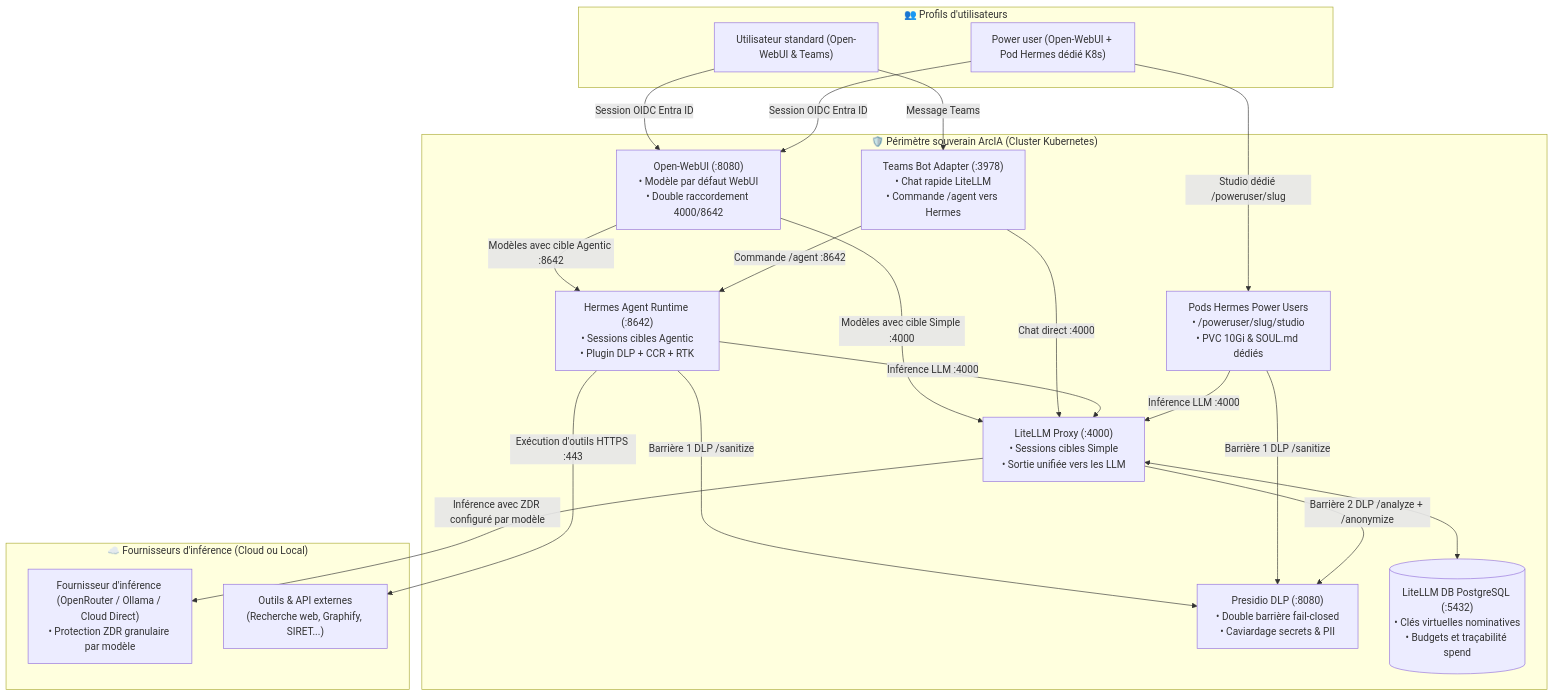
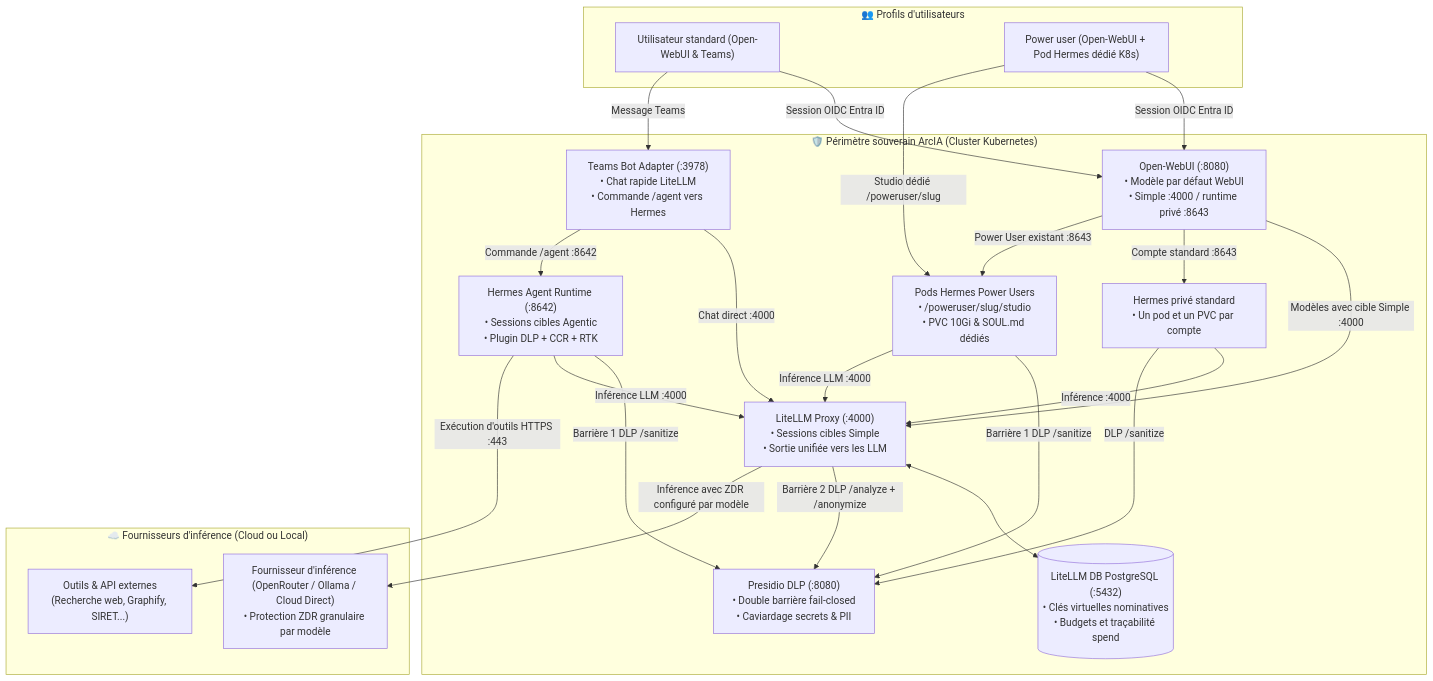
The first of 2 diagrams in docs/guides/chaine-de-routage.md (nicolastheuil/ArcIA), drawn with Mermaid before and after one commit. The commit also changed other lines of this file and 105 other files, not shown here.

First line of the commit message:
feat(security): isoler les espaces WebUI et imposer la DLP native Hermes

````diff
--- a/docs/guides/chaine-de-routage.md
+++ b/docs/guides/chaine-de-routage.md
@@ -26,42 +28,46 @@
 ```mermaid
 flowchart TD
     subgraph Clients ["👥 Profils d'utilisateurs"]
         UserStd["Utilisateur standard (Open-WebUI & Teams)"]
         PowerUser["Power user (Open-WebUI + Pod Hermes dédié K8s)"]
     end
 
     subgraph SecurityGate ["🛡️ Périmètre souverain ArcIA (Cluster Kubernetes)"]
-        WebUIGate["Open-WebUI (:8080)<br/>• Modèle par défaut WebUI<br/>• Double raccordement 4000/8642"]
+        WebUIGate["Open-WebUI (:8080)<br/>• Modèle par défaut WebUI<br/>• Simple :4000 / runtime privé :8643"]
         TeamsGate["Teams Bot Adapter (:3978)<br/>• Chat rapide LiteLLM<br/>• Commande /agent vers Hermes"]
         HermesAgent["Hermes Agent Runtime (:8642)<br/>• Sessions cibles Agentic<br/>• Plugin DLP + CCR + RTK"]
+        HermesStd["Hermes privé standard<br/>• Un pod et un PVC par compte"]
         HermesPU["Pods Hermes Power Users<br/>• /poweruser/slug/studio<br/>• PVC 10Gi & SOUL.md dédiés"]
         LiteLLMGate["LiteLLM Proxy (:4000)<br/>• Sessions cibles Simple<br/>• Sortie unifiée vers les LLM"]
         PresidioGate["Presidio DLP (:8080)<br/>• Double barrière fail-closed<br/>• Caviardage secrets & PII"]
         LiteLLMDB[("LiteLLM DB PostgreSQL (:5432)<br/>• Clés virtuelles nominatives<br/>• Budgets et traçabilité spend")]
     end
 
     subgraph CloudInference ["☁️ Fournisseurs d'inférence (Cloud ou Local)"]
         LLMHub["Fournisseur d'inférence (OpenRouter / Ollama / Cloud Direct)<br/>• Protection ZDR granulaire par modèle"]
         ExtTools["Outils & API externes<br/>(Recherche web, Graphify, SIRET...)"]
     end
 
     UserStd -->|Session OIDC Entra ID| WebUIGate
     UserStd -->|Message Teams| TeamsGate
     PowerUser -->|Session OIDC Entra ID| WebUIGate
     PowerUser -->|Studio dédié /poweruser/slug| HermesPU
 
     WebUIGate -->|Modèles avec cible Simple :4000| LiteLLMGate
-    WebUIGate -->|Modèles avec cible Agentic :8642| HermesAgent
+    WebUIGate -->|Compte standard :8643| HermesStd
+    WebUIGate -->|Power User existant :8643| HermesPU
     TeamsGate -->|Chat direct :4000| LiteLLMGate
     TeamsGate -->|Commande /agent :8642| HermesAgent
 
     HermesAgent -->|Barrière 1 DLP /sanitize| PresidioGate
     HermesAgent -->|Inférence LLM :4000| LiteLLMGate
     HermesAgent -->|Exécution d'outils HTTPS :443| ExtTools
+    HermesStd -->|Inférence :4000| LiteLLMGate
+    HermesStd -->|DLP /sanitize| PresidioGate
     HermesPU -->|Barrière 1 DLP /sanitize| PresidioGate
     HermesPU -->|Inférence LLM :4000| LiteLLMGate
 
     LiteLLMGate <--> LiteLLMDB
     LiteLLMGate -->|Barrière 2 DLP /analyze + /anonymize| PresidioGate
     LiteLLMGate -->|Inférence avec ZDR configuré par modèle| LLMHub
 ```
````
